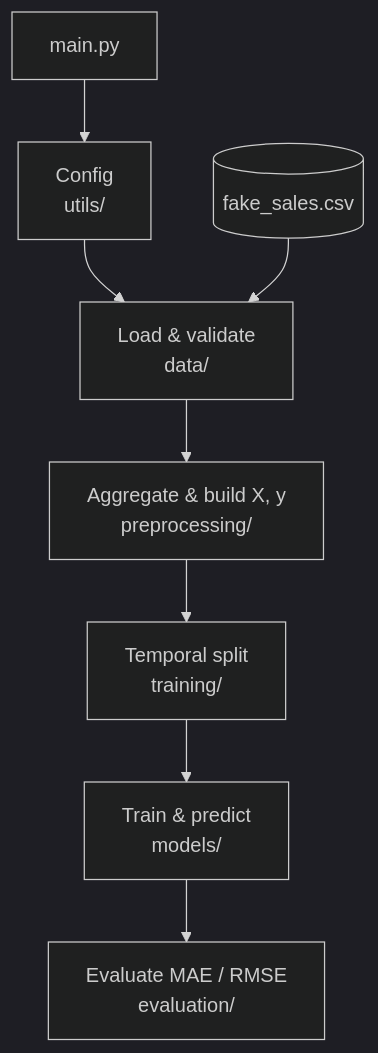
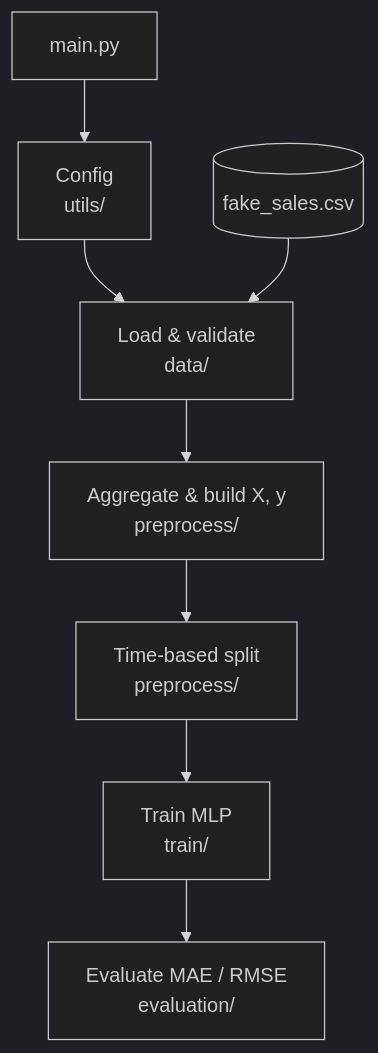
One commit to aliscrodrigues/forecasting-project changed the diagram in README.md. Above: the diagram before and after it, drawn with Mermaid (dark theme). The commit also changed other lines of this file and 16 other files, not shown here.

First line of the commit message:
Refatorar pipeline MLP com módulos preprocess/train e dataset M5 padrão.

````diff
--- a/README.md
+++ b/README.md
@@ -59,12 +60,12 @@
 ```mermaid
 flowchart TD
     csv[("fake_sales.csv")]
 
     main["main.py"] --> config["Config<br/>utils/"]
     config --> load["Load & validate<br/>data/"]
     csv --> load
-    load --> features["Aggregate & build X, y<br/>preprocessing/"]
-    features --> split["Temporal split<br/>training/"]
-    split --> model["Train & predict<br/>models/"]
+    load --> features["Aggregate & build X, y<br/>preprocess/"]
+    features --> split["Time-based split<br/>preprocess/"]
+    split --> model["Train MLP<br/>train/"]
     model --> metrics["Evaluate MAE / RMSE<br/>evaluation/"]
 ```
````
